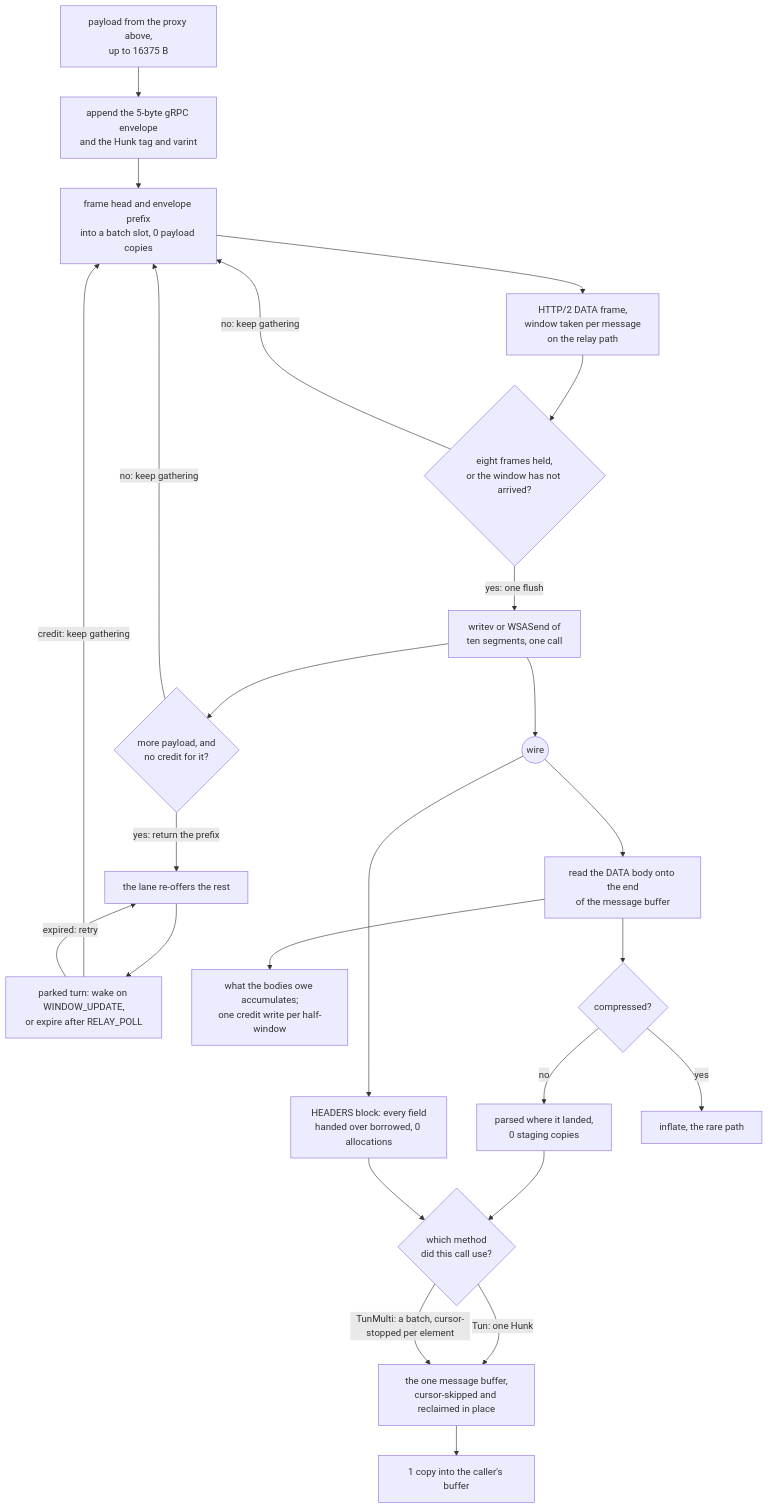
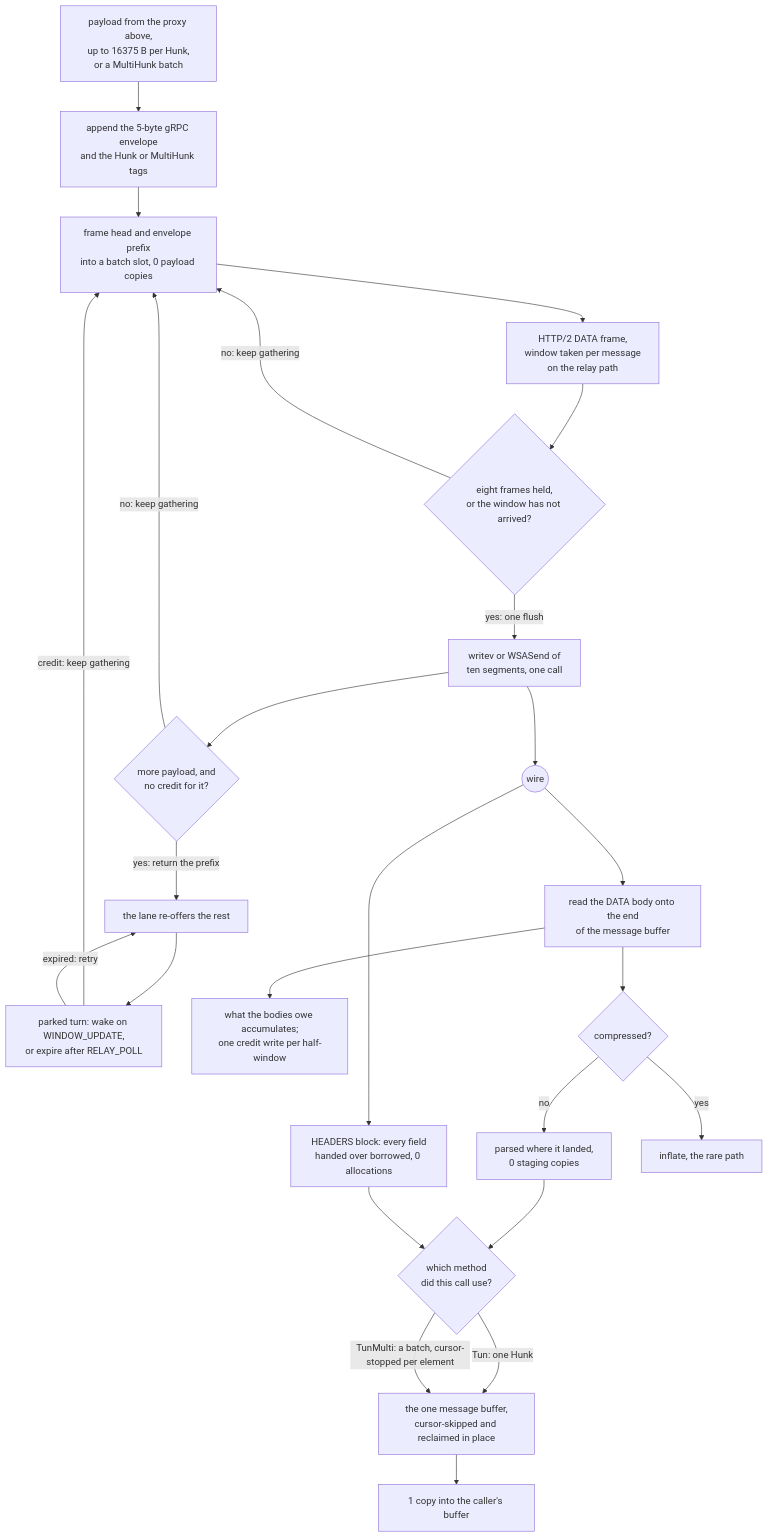
One commit to Ferrocite/ferrox changed the diagram in docs/function/carrier-grpc.md. Above: the diagram before and after it, drawn with Mermaid. The commit also changed other lines of this file and 3 other files, not shown here.

Commit message:
grpc: batch a multi-mode writer's elements into one message

````diff
--- a/docs/function/carrier-grpc.md
+++ b/docs/function/carrier-grpc.md
@@ -17,27 +17,27 @@
 ```mermaid
 graph TD
-    A["payload from the proxy above,<br/>up to 16375 B"] --> B["append the 5-byte gRPC envelope<br/>and the Hunk tag and varint"]
+    A["payload from the proxy above,<br/>up to 16375 B per Hunk,<br/>or a MultiHunk batch"] --> B["append the 5-byte gRPC envelope<br/>and the Hunk or MultiHunk tags"]
     B --> C["frame head and envelope prefix<br/>into a batch slot, 0 payload copies"]
     C --> D["HTTP/2 DATA frame,<br/>window taken per message<br/>on the relay path"]
     D --> P{"eight frames held,<br/>or the window has not arrived?"}
     P -- "no: keep gathering" --> C
     P -- "yes: one flush" --> Q["writev or WSASend of<br/>ten segments, one call"]
     Q --> W{"more payload, and<br/>no credit for it?"}
     W -- "no: keep gathering" --> C
     W -- "yes: return the prefix" --> Y["the lane re-offers the rest"]
     Y --> X["parked turn: wake on WINDOW_UPDATE,<br/>or expire after RELAY_POLL"]
     X -- "credit: keep gathering" --> C
     X -- "expired: retry" --> Y
     Q --> E(("wire"))
     E --> F["read the DATA body onto the end<br/>of the message buffer"]
     E --> L["HEADERS block: every field<br/>handed over borrowed, 0 allocations"]
     F --> N["what the bodies owe accumulates;<br/>one credit write per half-window"]
     F --> G{"compressed?"}
     G -- no --> H["parsed where it landed,<br/>0 staging copies"]
     G -- yes --> I["inflate, the rare path"]
     H --> M{"which method<br/>did this call use?"}
     L --> M
     M -- "Tun: one Hunk" --> J
     M -- "TunMulti: a batch, cursor-stopped per element" --> J["the one message buffer,<br/>cursor-skipped and reclaimed in place"]
     J --> K["1 copy into the caller's buffer"]
 ```
````
